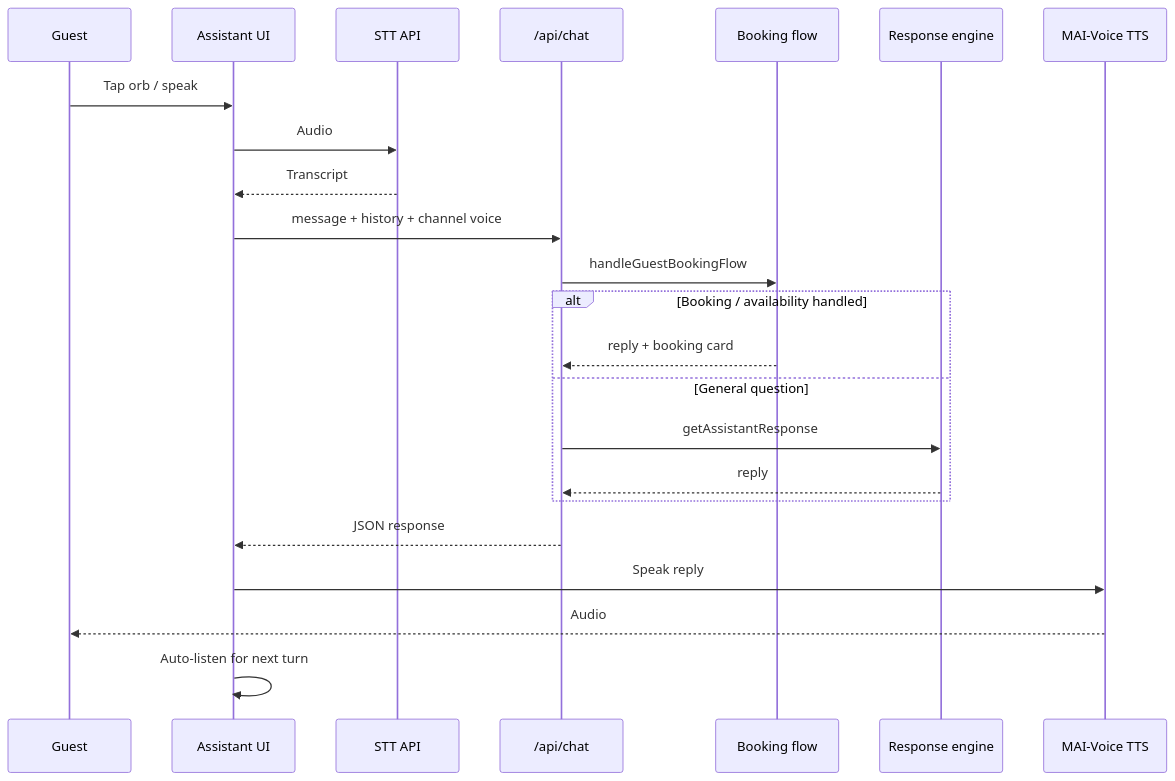
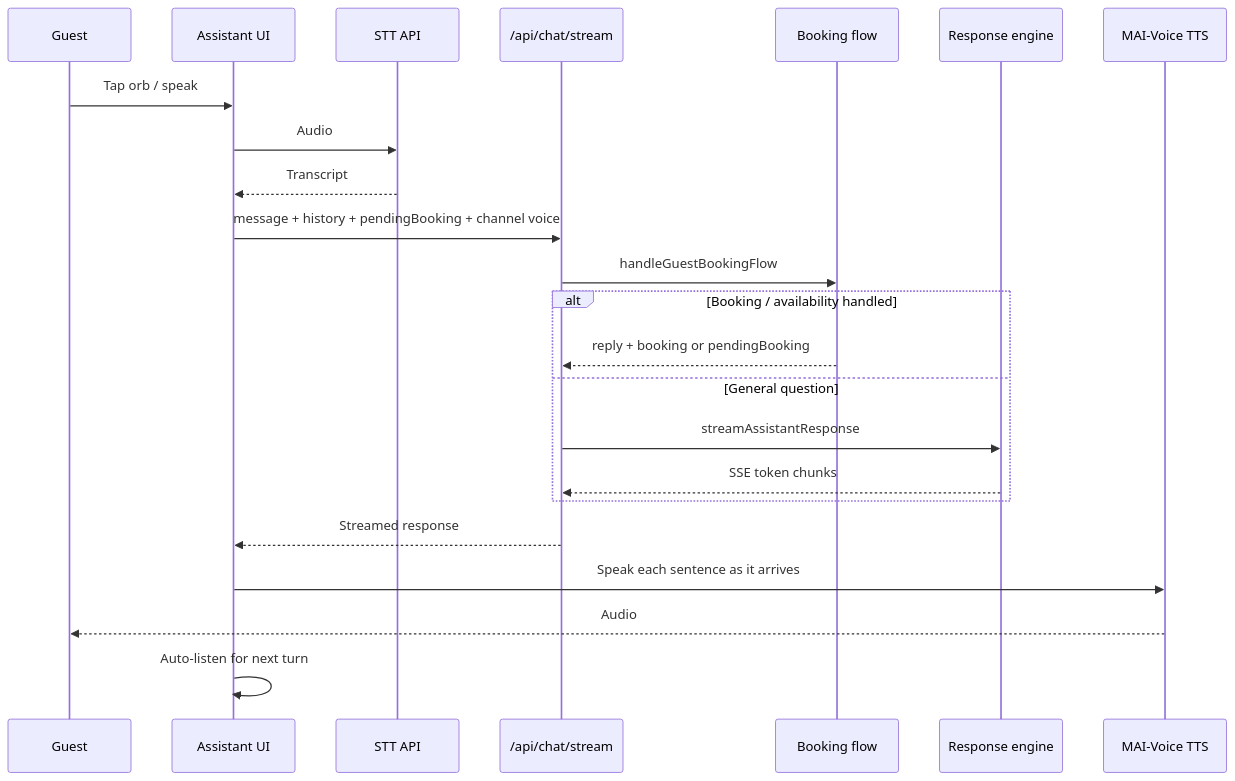
One commit to prabin923/Voice-assistant changed the fifth of 6 diagrams in README.md. Above: the diagram before and after it, drawn with Mermaid. The commit also changed other lines of this file, not shown here.

Commit message:
Document booking confirmation, streaming voice, and guest UX features in README.

````diff
--- a/README.md
+++ b/README.md
@@ -198,26 +214,26 @@
 ```mermaid
 sequenceDiagram
   participant G as Guest
   participant UI as Assistant UI
   participant STT as STT API
-  participant Chat as /api/chat
+  participant Chat as /api/chat/stream
   participant BF as Booking flow
   participant AI as Response engine
   participant TTS as MAI-Voice TTS
 
   G->>UI: Tap orb / speak
   UI->>STT: Audio
   STT-->>UI: Transcript
-  UI->>Chat: message + history + channel voice
+  UI->>Chat: message + history + pendingBooking + channel voice
   Chat->>BF: handleGuestBookingFlow
   alt Booking / availability handled
-    BF-->>Chat: reply + booking card
+    BF-->>Chat: reply + booking or pendingBooking
   else General question
-    Chat->>AI: getAssistantResponse
-    AI-->>Chat: reply
+    Chat->>AI: streamAssistantResponse
+    AI-->>Chat: SSE token chunks
   end
-  Chat-->>UI: JSON response
-  UI->>TTS: Speak reply
+  Chat-->>UI: Streamed response
+  UI->>TTS: Speak each sentence as it arrives
   TTS-->>G: Audio
   UI->>UI: Auto-listen for next turn
 ```
````
